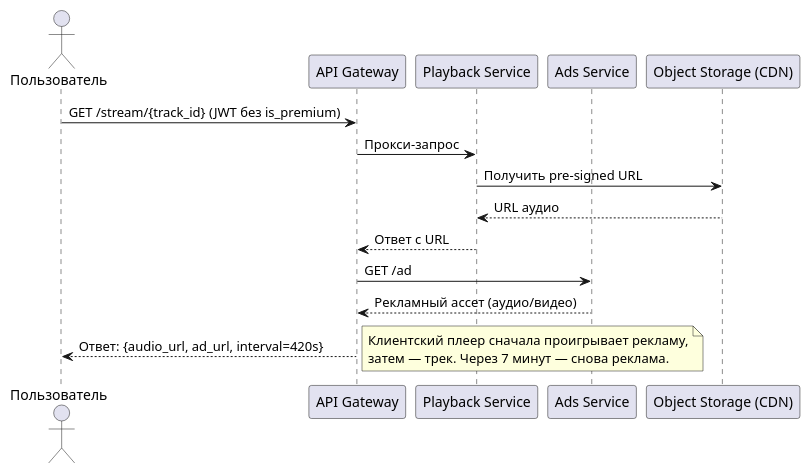
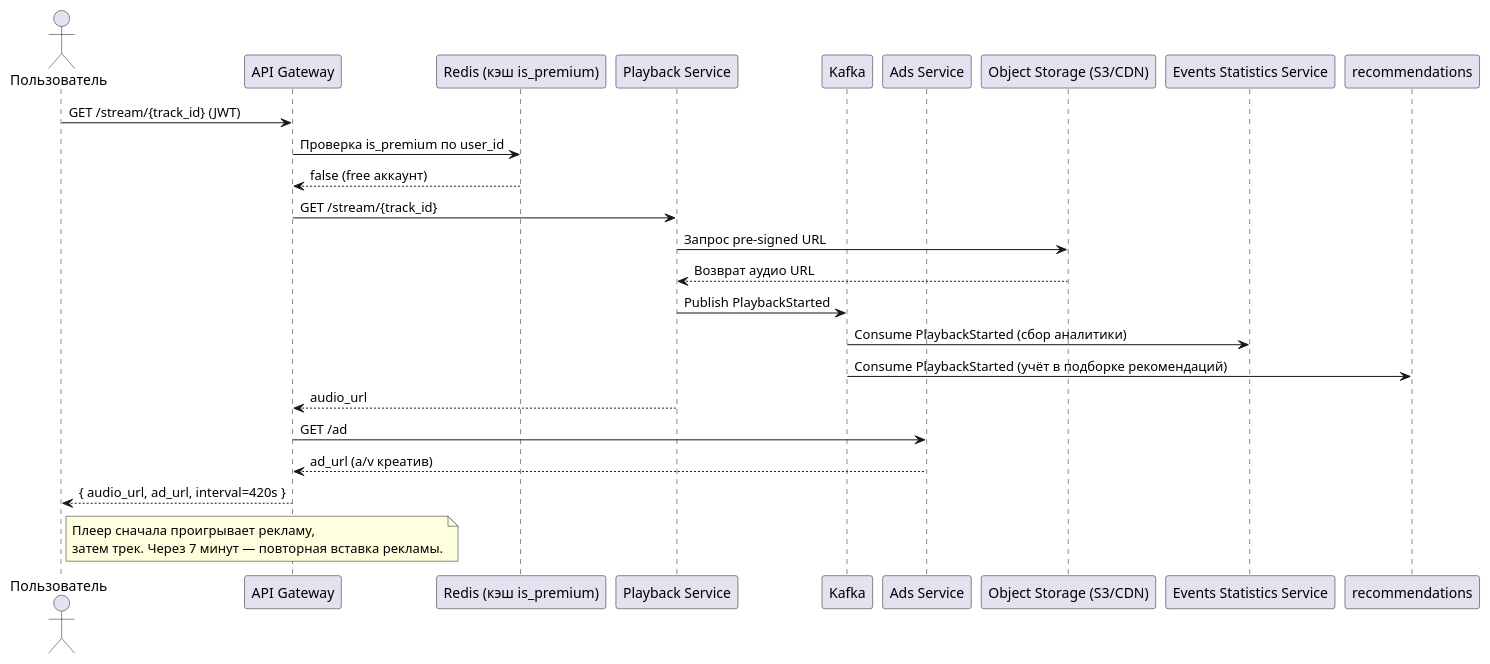
Before and after one commit to Nikson276/SystemDesign: the second of 5 diagrams in docs/06_runtime_view.md, drawn with PlantUML. The commit also changed other lines of this file and 10 other files, not shown here.

````diff
--- a/docs/06_runtime_view.md
+++ b/docs/06_runtime_view.md
@@ -92,24 +93,36 @@
 ```plantuml
 @startuml
 actor Пользователь
 participant "API Gateway" as gateway
+participant "Redis (кэш is_premium)" as redis
 participant "Playback Service" as playback
+participant "Kafka" as kafka
 participant "Ads Service" as ads
-participant "Object Storage (CDN)" as cdn
+participant "Object Storage (S3/CDN)" as cdn
+participant "Events Statistics Service" as stats
 
-Пользователь -> gateway: GET /stream/{track_id} (JWT без is_premium)
-gateway -> playback: Прокси-запрос
-playback -> cdn: Получить pre-signed URL
-cdn --> playback: URL аудио
-playback --> gateway: Ответ с URL
+Пользователь -> gateway: GET /stream/{track_id} (JWT)
+gateway -> redis: Проверка is_premium по user_id
+redis --> gateway: false (free аккаунт)
+
+gateway -> playback: GET /stream/{track_id}
+playback -> cdn: Запрос pre-signed URL
+cdn --> playback: Возврат аудио URL
+
+playback -> kafka: Publish PlaybackStarted
+kafka -> stats: Consume PlaybackStarted (сбор аналитики)
+kafka -> recommendations: Consume PlaybackStarted (учёт в подборке рекомендаций)
+
+playback --> gateway: audio_url
 
 gateway -> ads: GET /ad
-ads --> gateway: Рекламный ассет (аудио/видео)
-gateway --> Пользователь: Ответ: {audio_url, ad_url, interval=420s}
+ads --> gateway: ad_url (a/v креатив)
 
-note right
-  Клиентский плеер сначала проигрывает рекламу,
-  затем — трек. Через 7 минут — снова реклама.
+gateway --> Пользователь: { audio_url, ad_url, interval=420s }
+
+note right of Пользователь
+  Плеер сначала проигрывает рекламу,
+  затем трек. Через 7 минут — повторная вставка рекламы.
 end note
 @enduml
 ```
````
